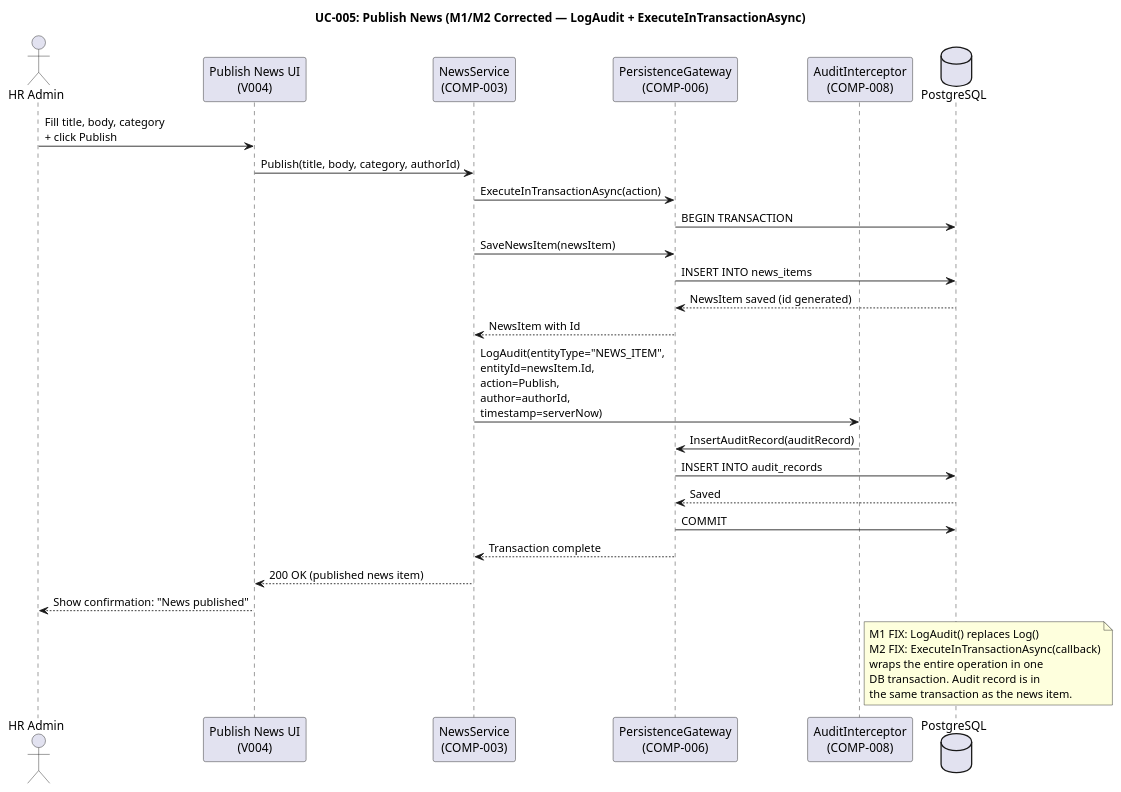
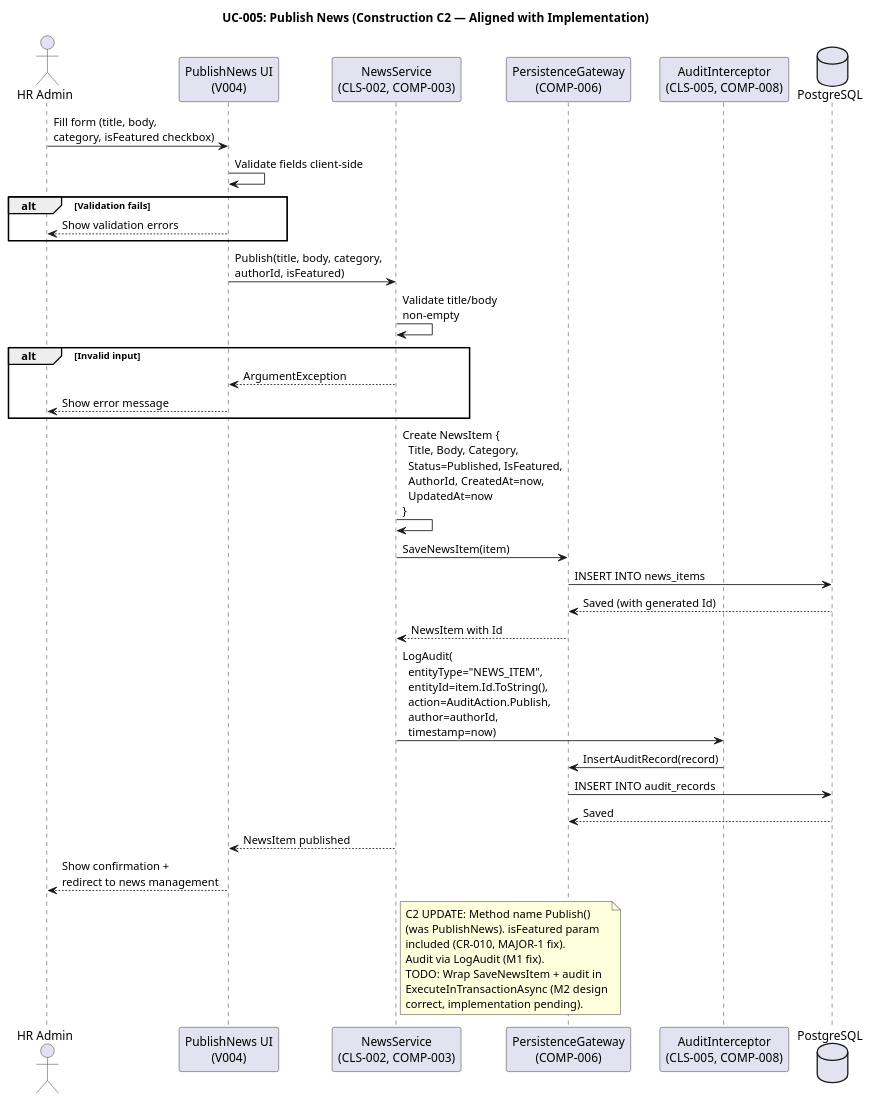
Before and after one commit to banense-test/portal-cuba-corp: the sixth of 33 diagrams in docs/artifacts/analysis---design/design-model.md, drawn with PlantUML. The commit also changed other lines of this file, not shown here.

First line of the commit message:
Designer [C2]: upsert Design Model

````diff
--- a/docs/artifacts/analysis---design/design-model.md
+++ b/docs/artifacts/analysis---design/design-model.md
@@ -443,43 +479,54 @@
 ```plantuml
 @startuml
-title UC-005: Publish News (M1/M2 Corrected — LogAudit + ExecuteInTransactionAsync)
+title UC-005: Publish News (Construction C2 — Aligned with Implementation)
 
 actor "HR Admin" as HR
-participant "Publish News UI\n(V004)" as UI
-participant "NewsService\n(COMP-003)" as SVC
+participant "PublishNews UI\n(V004)" as UI
+participant "NewsService\n(CLS-002, COMP-003)" as SVC
 participant "PersistenceGateway\n(COMP-006)" as DB
-participant "AuditInterceptor\n(COMP-008)" as AUDIT
+participant "AuditInterceptor\n(CLS-005, COMP-008)" as AUDIT
 database "PostgreSQL" as PG
 
-HR -> UI : Fill title, body, category\n+ click Publish
-UI -> SVC : Publish(title, body, category, authorId)
+HR -> UI : Fill form (title, body,\ncategory, isFeatured checkbox)
+UI -> UI : Validate fields client-side
 
-SVC -> DB : ExecuteInTransactionAsync(action)
-DB -> PG : BEGIN TRANSACTION
+alt Validation fails
+  UI --> HR : Show validation errors
+end
 
-SVC -> DB : SaveNewsItem(newsItem)
+UI -> SVC : Publish(title, body, category,\nauthorId, isFeatured)
+
+SVC -> SVC : Validate title/body\nnon-empty
+
+alt Invalid input
+  SVC --> UI : ArgumentException
+  UI --> HR : Show error message
+end
+
+SVC -> SVC : Create NewsItem {\n  Title, Body, Category,\n  Status=Published, IsFeatured,\n  AuthorId, CreatedAt=now,\n  UpdatedAt=now\n}
+
+SVC -> DB : SaveNewsItem(item)
 DB -> PG : INSERT INTO news_items
-PG --> DB : NewsItem saved (id generated)
+PG --> DB : Saved (with generated Id)
 DB --> SVC : NewsItem with Id
 
-SVC -> AUDIT : LogAudit(entityType="NEWS_ITEM",\nentityId=newsItem.Id,\naction=Publish,\nauthor=authorId,\ntimestamp=serverNow)
-AUDIT -> DB : InsertAuditRecord(auditRecord)
+SVC -> AUDIT : LogAudit(\n  entityType="NEWS_ITEM",\n  entityId=item.Id.ToString(),\n  action=AuditAction.Publish,\n  author=authorId,\n  timestamp=now)
+AUDIT -> DB : InsertAuditRecord(record)
 DB -> PG : INSERT INTO audit_records
 PG --> DB : Saved
 
-DB -> PG : COMMIT
-DB --> SVC : Transaction complete
+SVC --> UI : NewsItem published
+UI --> HR : Show confirmation +\nredirect to news management
 
-SVC --> UI : 200 OK (published news item)
-UI --> HR : Show confirmation: "News published"
-
-note right of AUDIT
-  M1 FIX: LogAudit() replaces Log()
-  M2 FIX: ExecuteInTransactionAsync(callback)
-  wraps the entire operation in one
-  DB transaction. Audit record is in
-  the same transaction as the news item.
+note right of SVC
+  C2 UPDATE: Method name Publish()
+  (was PublishNews). isFeatured param
+  included (CR-010, MAJOR-1 fix).
+  Audit via LogAudit (M1 fix).
+  TODO: Wrap SaveNewsItem + audit in
+  ExecuteInTransactionAsync (M2 design
+  correct, implementation pending).
 end note
 
 @enduml
 ```
````
